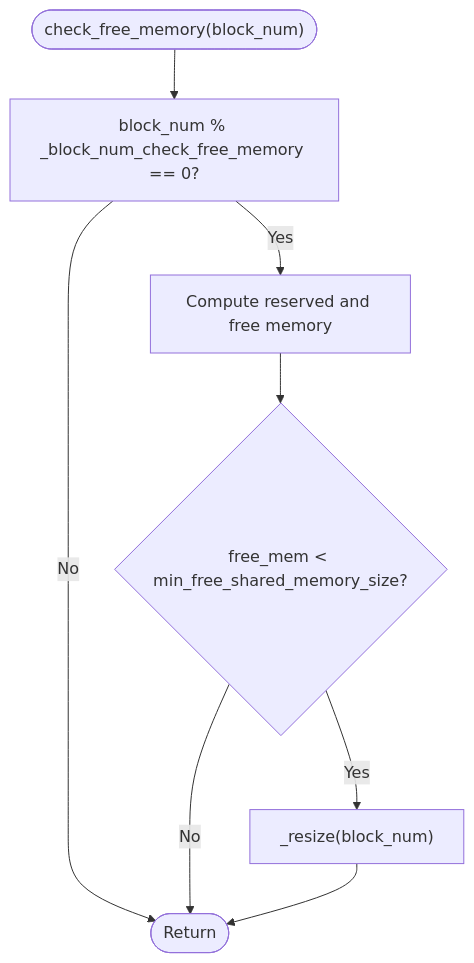
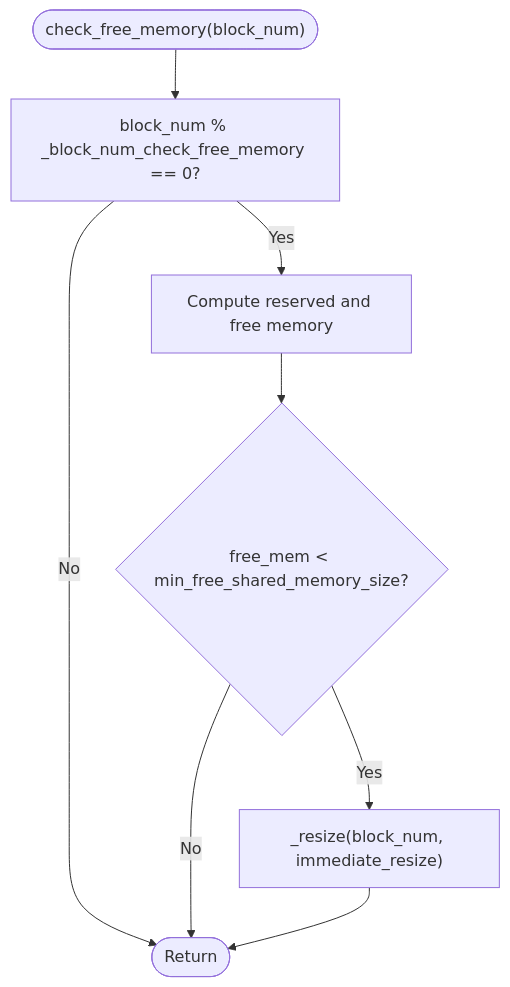
Before and after one commit to VIZ-Blockchain/viz-cpp-node: diagram 12 of 22 in .qoder/repowiki/en/content/Architecture Overview/Core Libraries/Chain Library/Database Management/Database Management.md, drawn with Mermaid. The commit also changed other lines of this file and 6 other files, not shown here.

````diff
--- a/.qoder/repowiki/en/content/Architecture Overview/Core Libraries/Chain Library/Database Management/Database Management.md
+++ b/.qoder/repowiki/en/content/Architecture Overview/Core Libraries/Chain Library/Database Management/Database Management.md
@@ -613,10 +618,10 @@
 ```mermaid
 flowchart TD
 Entry(["check_free_memory(block_num)"]) --> ModCheck["block_num % _block_num_check_free_memory == 0?"]
 ModCheck --> |No| Exit(["Return"])
 ModCheck --> |Yes| Compute["Compute reserved and free memory"]
 Compute --> Compare{"free_mem < min_free_shared_memory_size?"}
 Compare --> |No| Exit
-Compare --> |Yes| Resize["_resize(block_num)"]
+Compare --> |Yes| Resize["_resize(block_num, immediate_resize)"]
 Resize --> Exit
 ```
````
